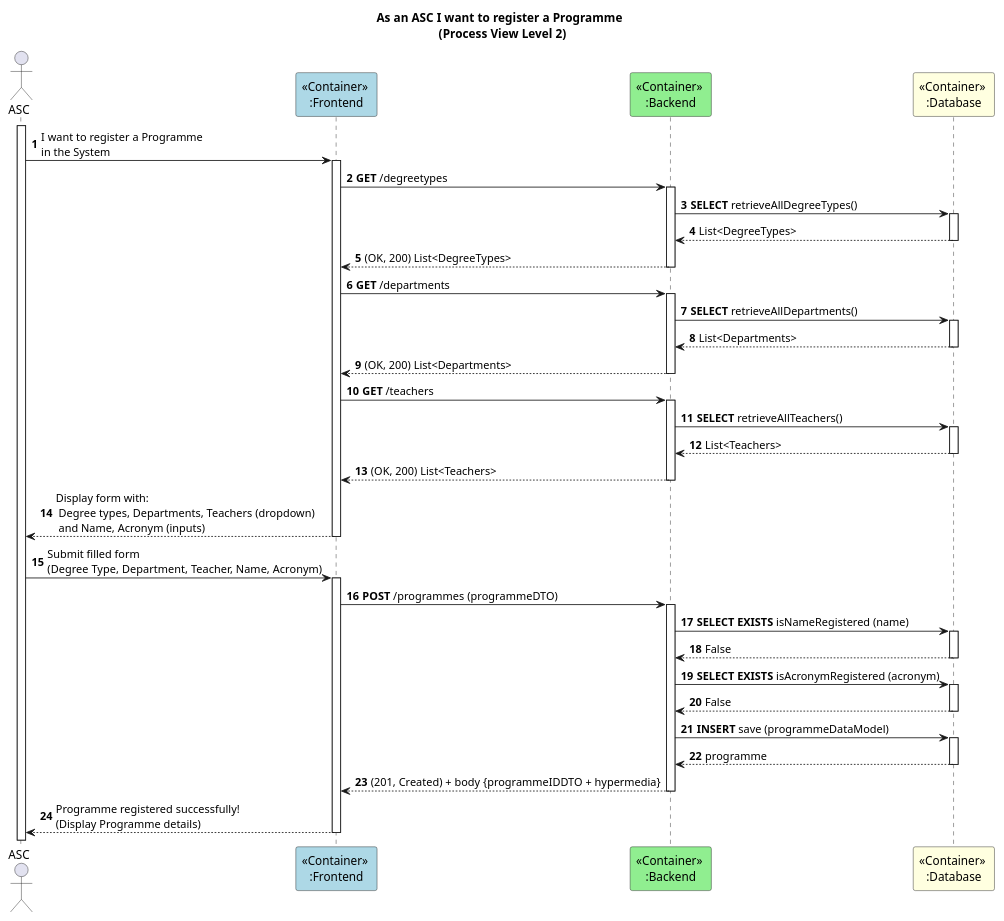
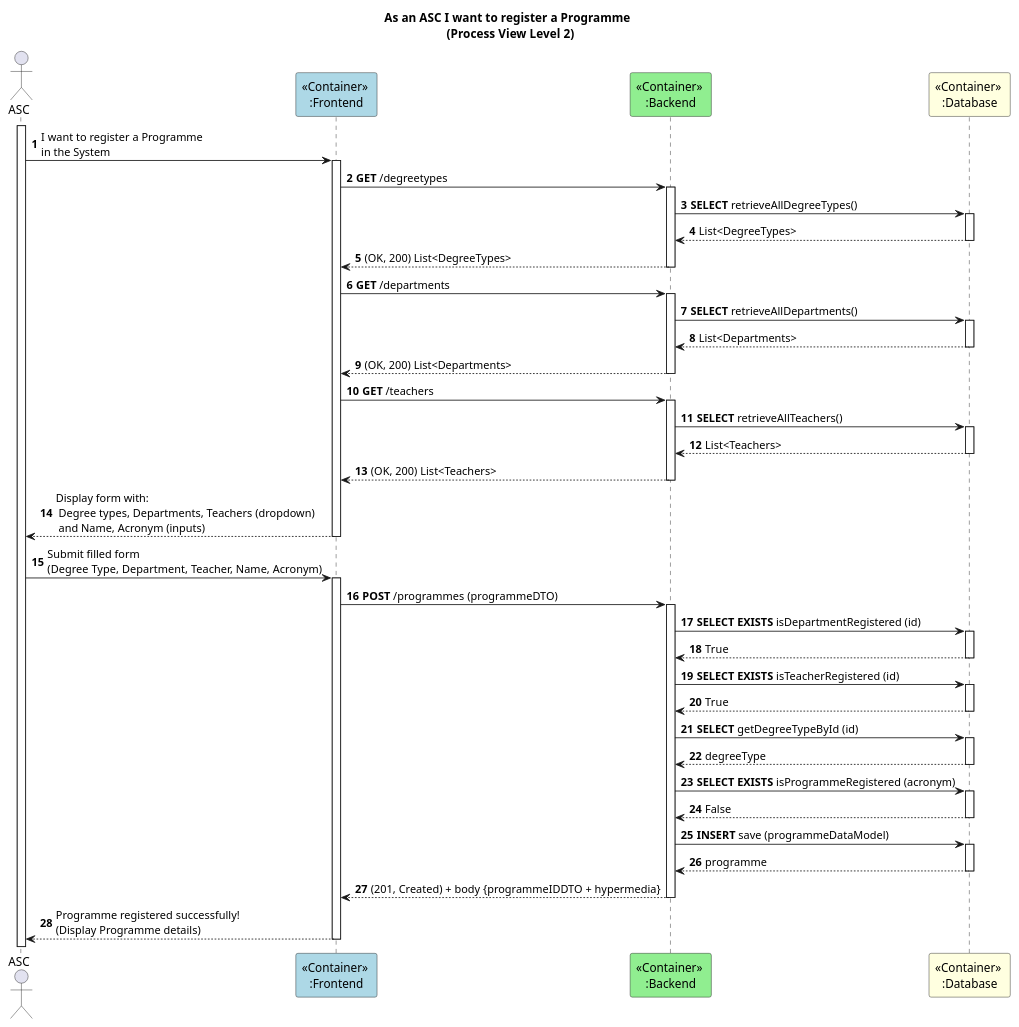
One commit to GasparISEP/DevOps-PAI changed the diagram in docs/US31/ProcessView/Level2.puml. Above: the diagram before and after it, drawn with PlantUML. The commit also changed 2 other files, not shown here.

Commit message:
Update to diagrams related to registerProgramme, #652, #658

```diff
--- a/docs/US31/ProcessView/Level2.puml
+++ b/docs/US31/ProcessView/Level2.puml
@@ -1,42 +1,46 @@
 @startuml
 
 autonumber
 
 title As an ASC I want to register a Programme \n (Process View Level 2)
 
 actor ASC as Admin
 participant "<<Container>> \n:Frontend" as FE #lightblue
 participant "<<Container>> \n:Backend" as BE #lightgreen
 participant "<<Container>> \n:Database" as BD #lightyellow
 
 activate Admin
 Admin -> FE ++: I want to register a Programme \nin the System
 FE -> BE ++: **GET** /degreetypes
 BE -> BD ++: **SELECT** retrieveAllDegreeTypes()
 BD --> BE --: List<DegreeTypes>
 BE --> FE --: (OK, 200) List<DegreeTypes>
 
 FE -> BE ++: **GET** /departments
 BE -> BD ++: **SELECT** retrieveAllDepartments()
 BD --> BE --: List<Departments>
 BE --> FE --: (OK, 200) List<Departments>
 
 
 FE -> BE ++: **GET** /teachers
 BE -> BD ++: **SELECT** retrieveAllTeachers()
 BD --> BE --: List<Teachers>
 BE --> FE --: (OK, 200) List<Teachers>
 FE --> Admin --: Display form with: \n Degree types, Departments, Teachers (dropdown) \n and Name, Acronym (inputs)
 
 Admin -> FE ++: Submit filled form \n(Degree Type, Department, Teacher, Name, Acronym)
 FE -> BE ++: **POST** /programmes (programmeDTO)
-BE -> BD ++: **SELECT EXISTS** isNameRegistered (name)
-BD --> BE --: False
-BE -> BD ++: **SELECT EXISTS** isAcronymRegistered (acronym)
+BE -> BD ++: **SELECT EXISTS** isDepartmentRegistered (id)
+BD --> BE --: True
+BE -> BD ++: **SELECT EXISTS** isTeacherRegistered (id)
+BD --> BE --: True
+BE -> BD ++: **SELECT** getDegreeTypeById (id)
+BD --> BE --: degreeType
+BE -> BD ++: **SELECT EXISTS** isProgrammeRegistered (acronym)
 BD --> BE --: False
 BE -> BD ++: **INSERT** save (programmeDataModel)
 BD --> BE --: programme
 BE --> FE --: (201, Created) + body {programmeIDDTO + hypermedia}
 FE --> Admin --: Programme registered successfully! \n(Display Programme details)
 
 @enduml
```
